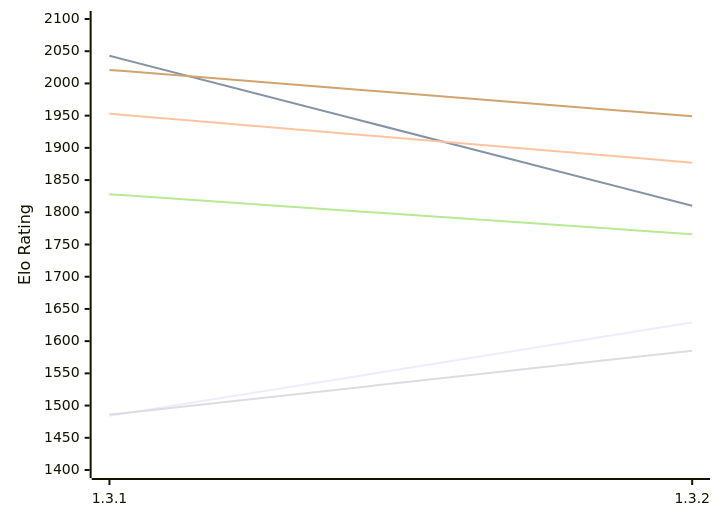
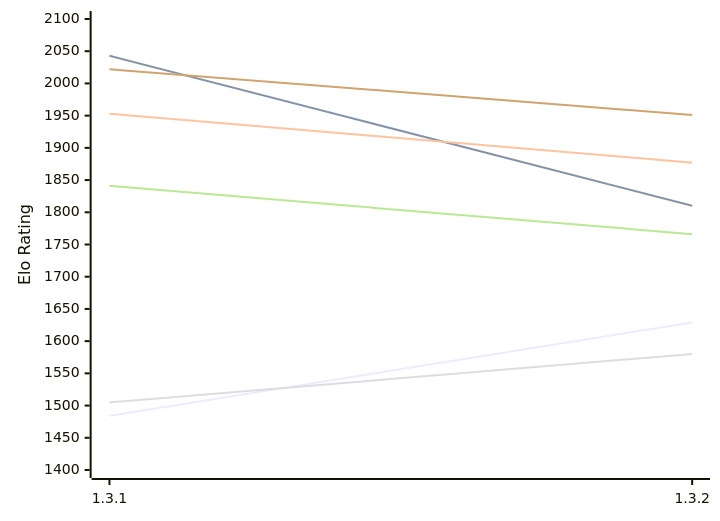
The first of 2 diagrams in engines/Zugblitz.md (computer-chess-index/cci), drawn with Mermaid before and after one commit. The commit also changed other lines of this file, not shown here.

Commit message:
Update CCI Ratings (ELO VLTC) - 2026-11-20

````diff
--- a/engines/Zugblitz.md
+++ b/engines/Zugblitz.md
@@ -50,12 +50,12 @@
 ```mermaid
 %%{init: {"theme":"base","themeVariables":{"seriesColors:['#a3a3a3','#222221','#faa371']}}}%%
 xychart-beta
   x-axis ["1.3.1", "1.3.2"]
   y-axis "Elo Rating" 1400 --> 2100
   line "E1: STC (8.0+0.08s)" [1484, 1629]
   line "E1: LTC (60.0+0.60s)" [2043, 1810]
   line "E1: VLTC (2m24s+1.12s)" [1953, 1877]
-  line "P1: STC (8.0+0.08s)" [1486, 1585]
-  line "P1: LTC (60.0+0.60s)" [1828, 1766]
-  line "P1: VLTC (2m24s+1.12s)" [2021, 1949]
+  line "P1: STC (8.0+0.08s)" [1505, 1580]
+  line "P1: LTC (60.0+0.60s)" [1841, 1766]
+  line "P1: VLTC (2m24s+1.12s)" [2022, 1951]
 ```
````
